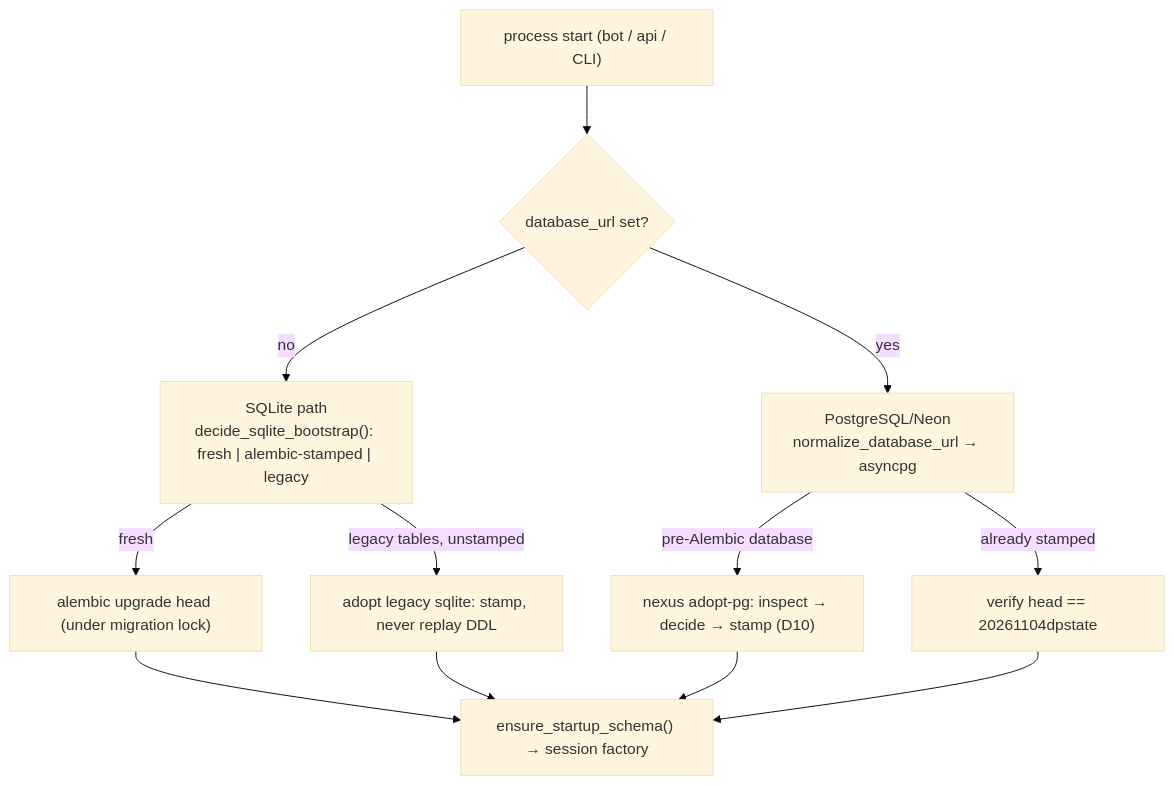
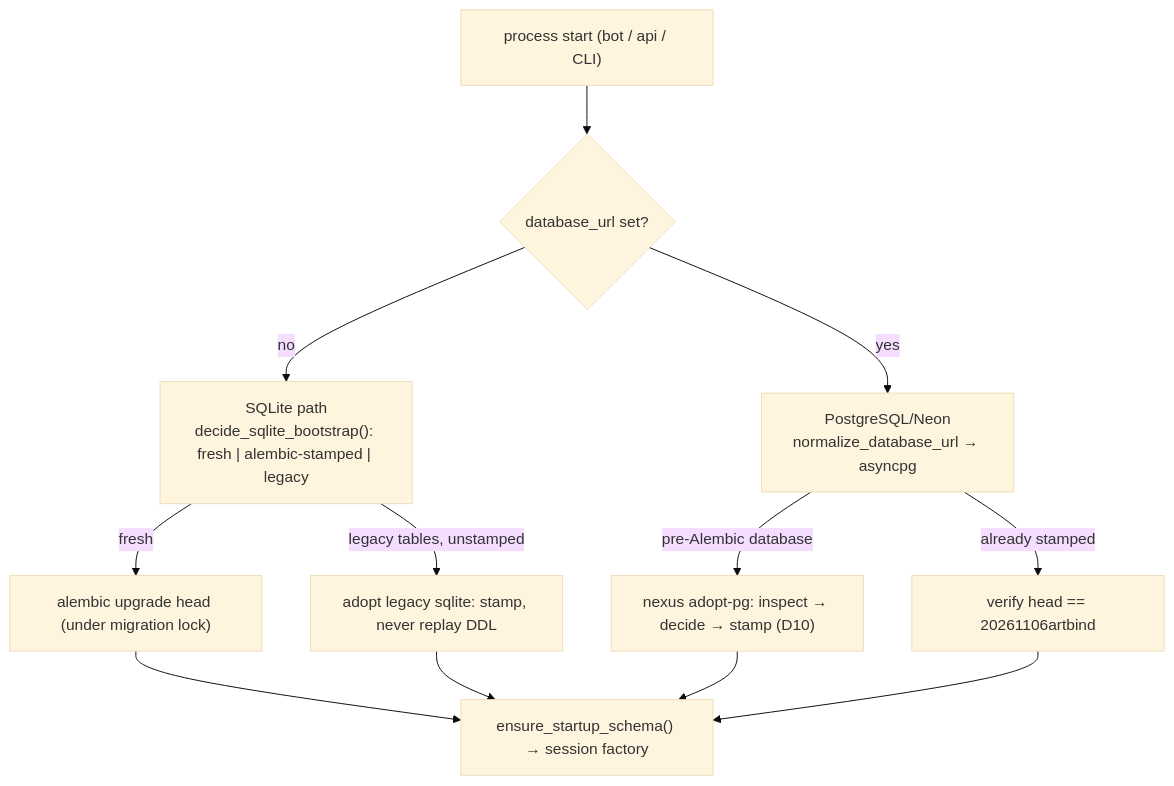
The fifth of 7 diagrams in docs/architecture/RUNTIME_FLOWS.md (bot523h/nexus-ai-agent), drawn with Mermaid (base theme) before and after one commit. The commit also changed other lines of this file and 2 other files, not shown here.

Commit message:
ci+docs(task-282 slice-2): move the Postgres head assertion and living docs to 20261106artbind
The migrate-postgres CI job grepped 20261104dpstate and would fail on the new
head; update it plus the two living views that pin the chain
(RUNTIME_FLOWS.md, DATA_AND_STORAGE.md). Goldens are unchanged: the new table
is outside the checkpoint schema, so the fingerprint is head-independent.

````diff
--- a/docs/architecture/RUNTIME_FLOWS.md
+++ b/docs/architecture/RUNTIME_FLOWS.md
@@ -158,14 +158,14 @@
 ```mermaid
 flowchart TD
     start["process start (bot / api / CLI)"] --> decide{"database_url set?"}
     decide -->|no| sqlite["SQLite path<br/>decide_sqlite_bootstrap(): fresh | alembic-stamped | legacy"]
     decide -->|yes| pg["PostgreSQL/Neon<br/>normalize_database_url → asyncpg"]
     sqlite -->|fresh| up["alembic upgrade head (under migration lock)"]
     sqlite -->|legacy tables, unstamped| adopt["adopt legacy sqlite: stamp, never replay DDL"]
     pg -->|pre-Alembic database| adoptpg["nexus adopt-pg: inspect → decide → stamp (D10)"]
-    pg -->|already stamped| head["verify head == 20261104dpstate"]
+    pg -->|already stamped| head["verify head == 20261106artbind"]
     up --> ready["ensure_startup_schema() → session factory"]
     adopt --> ready
     adoptpg --> ready
     head --> ready
 ```
````
